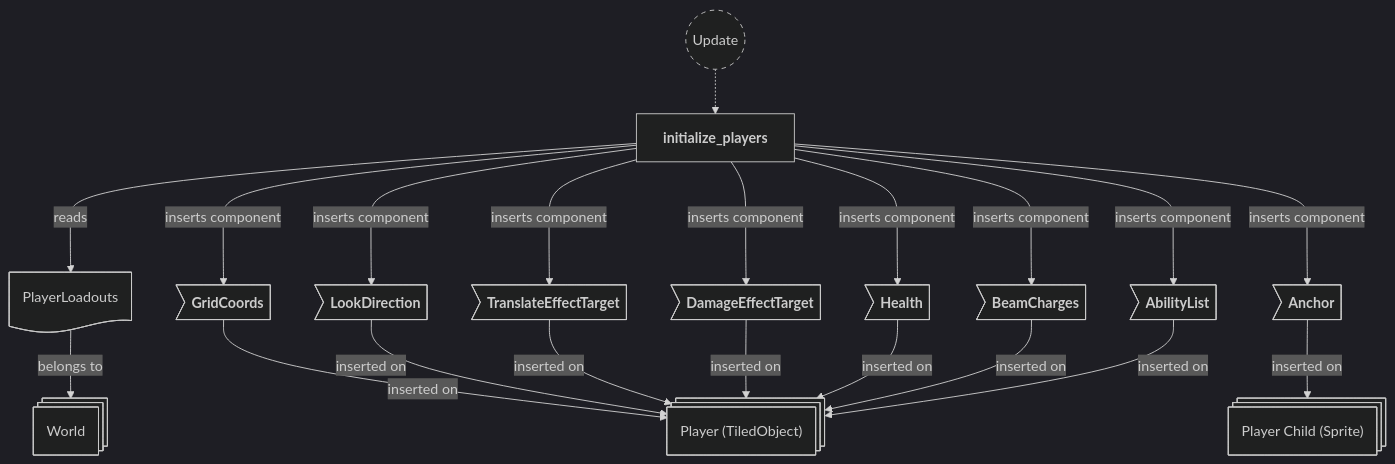
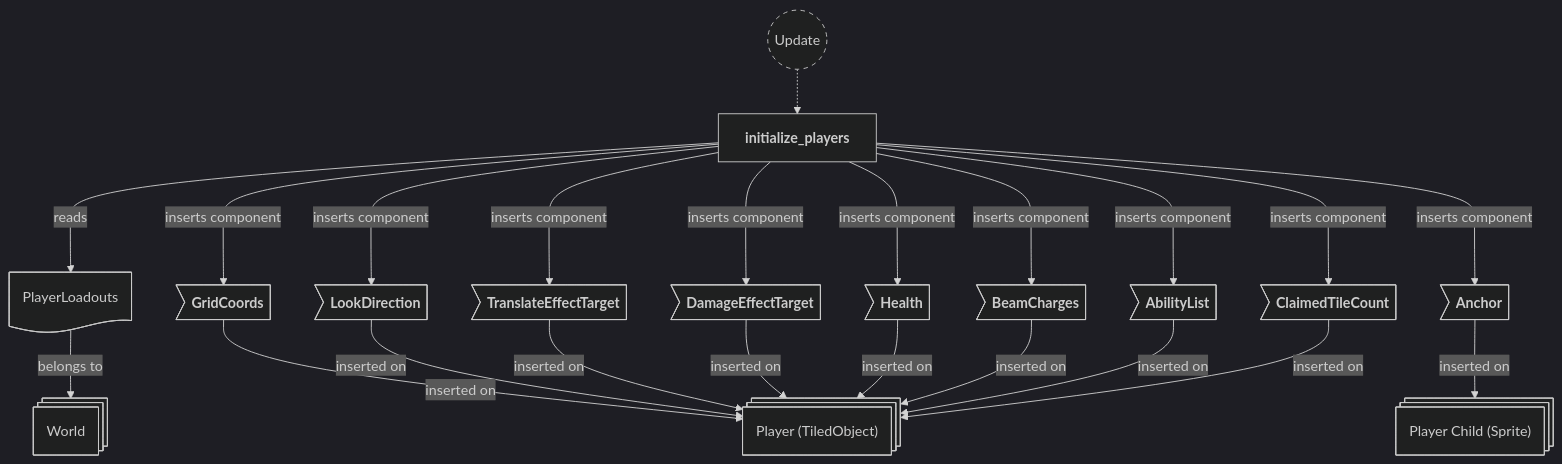
The seventh of 10 diagrams in backlog/docs/doc-3 - 001-Maps-plugin.md (neurosoup/tyled), drawn with Mermaid before and after one commit. The commit also changed other lines of this file and 19 other files, not shown here.

First line of the commit message:
Feat: animate per-player claimed-tile percentage on the HUD

````diff
--- a/backlog/docs/doc-3 - 001-Maps-plugin.md
+++ b/backlog/docs/doc-3 - 001-Maps-plugin.md
@@ -294,49 +294,52 @@
 ```mermaid
 ---
 config:
   theme: dark
 ---
 
 flowchart TD
 classDef system-group stroke-dasharray: 5 5
 
 update(("`Update`")):::system-group
 initialize_players["`**initialize_players**`"]
 
 update -.-> initialize_players
 
 player_entity@{ shape: st-rect, label: "Player (TiledObject)" }
 child_entity@{ shape: st-rect, label: "Player Child (Sprite)" }
 
 pe_grid_coords>"`**GridCoords**`"]
 pe_look_direction>"`**LookDirection**`"]
 pe_translate_effect>"`**TranslateEffectTarget**`"]
 pe_damage_effect>"`**DamageEffectTarget**`"]
 pe_health>"`**Health**`"]
 pe_beam_charges>"`**BeamCharges**`"]
 pe_ability_list>"`**AbilityList**`"]
+pe_claimed_tile_count>"`**ClaimedTileCount**`"]
 ce_anchor>"`**Anchor**`"]
 
 world@{ shape: st-rect, label: "World" }
 player_loadouts_res@{ shape: doc, label: "PlayerLoadouts" }
 player_loadouts_res --> |belongs to| world
 
 pe_grid_coords --> |inserted on| player_entity
 pe_look_direction --> |inserted on| player_entity
 pe_translate_effect --> |inserted on| player_entity
 pe_damage_effect --> |inserted on| player_entity
 pe_health --> |inserted on| player_entity
 pe_beam_charges --> |inserted on| player_entity
 pe_ability_list --> |inserted on| player_entity
+pe_claimed_tile_count --> |inserted on| player_entity
 ce_anchor --> |inserted on| child_entity
 
 initialize_players ---> |reads| player_loadouts_res
 initialize_players ---> |inserts component| pe_grid_coords
 initialize_players ---> |inserts component| pe_look_direction
 initialize_players ---> |inserts component| pe_translate_effect
 initialize_players ---> |inserts component| pe_damage_effect
 initialize_players ---> |inserts component| pe_health
 initialize_players ---> |inserts component| pe_beam_charges
 initialize_players ---> |inserts component| pe_ability_list
+initialize_players ---> |inserts component| pe_claimed_tile_count
 initialize_players ---> |inserts component| ce_anchor
 ```
````
